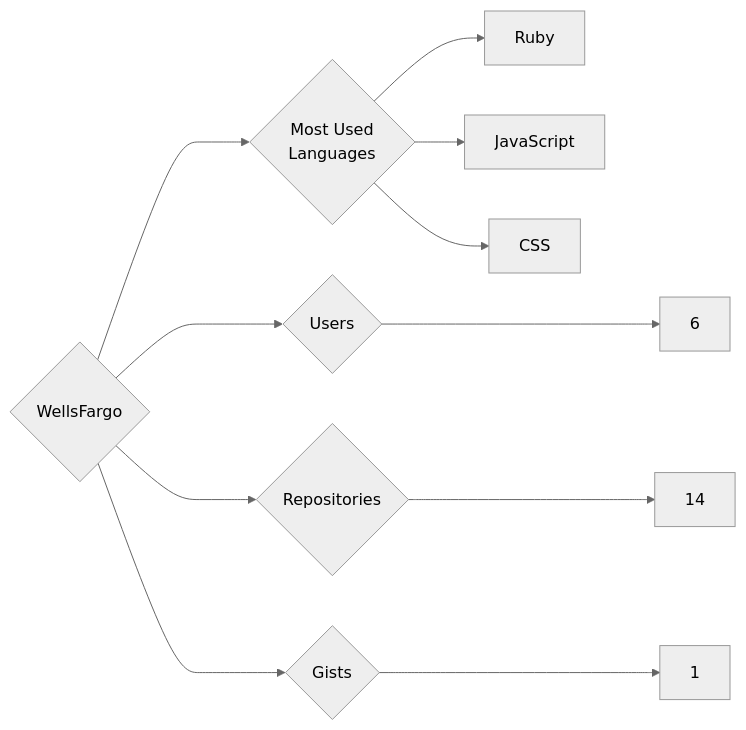
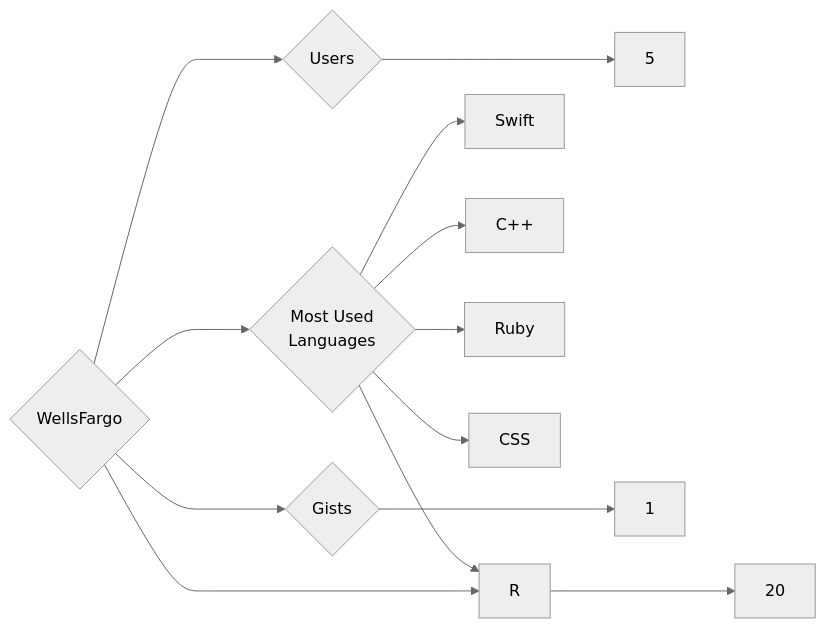
The diagram in targets/WellsFargo/README.md (trickest/insiders), drawn with Mermaid (neutral theme) before and after one commit. The commit also changed 1496 other files, not shown here.

````diff
--- a/targets/WellsFargo/README.md
+++ b/targets/WellsFargo/README.md
@@ -3,11 +3,13 @@
 ```mermaid
 graph LR
 COMPANY_NAME{WellsFargo}
-COMPANY_NAME ---> U{Users} ---> UN[6]
-COMPANY_NAME ---> R{Repositories} ---> RN[14]
+COMPANY_NAME ---> U{Users} ---> UN[5]
+COMPANY_NAME ---> R{Repositories} ---> RN[20]
 COMPANY_NAME ---> G{Gists} ---> GN[1]
 COMPANY_NAME ---> ML{Most Used<br>Languages}
+ML --> Swift[Swift]
+ML --> C++[C++]
 ML --> Ruby[Ruby]
-ML --> JavaScript[JavaScript]
+ML --> R[R]
 ML --> CSS[CSS]
 ```
````
